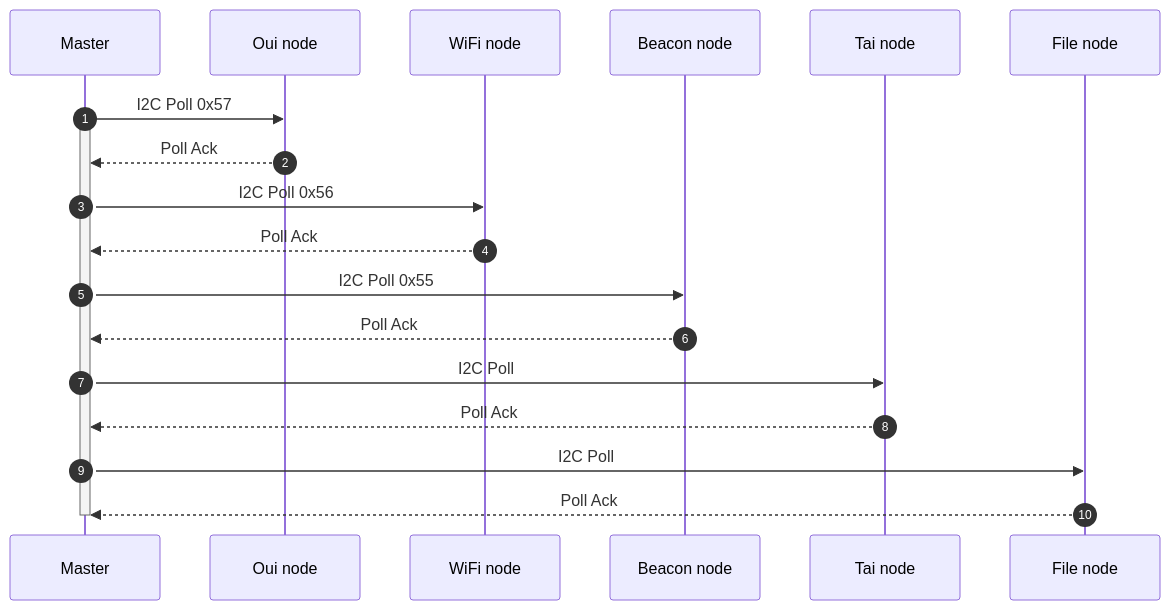
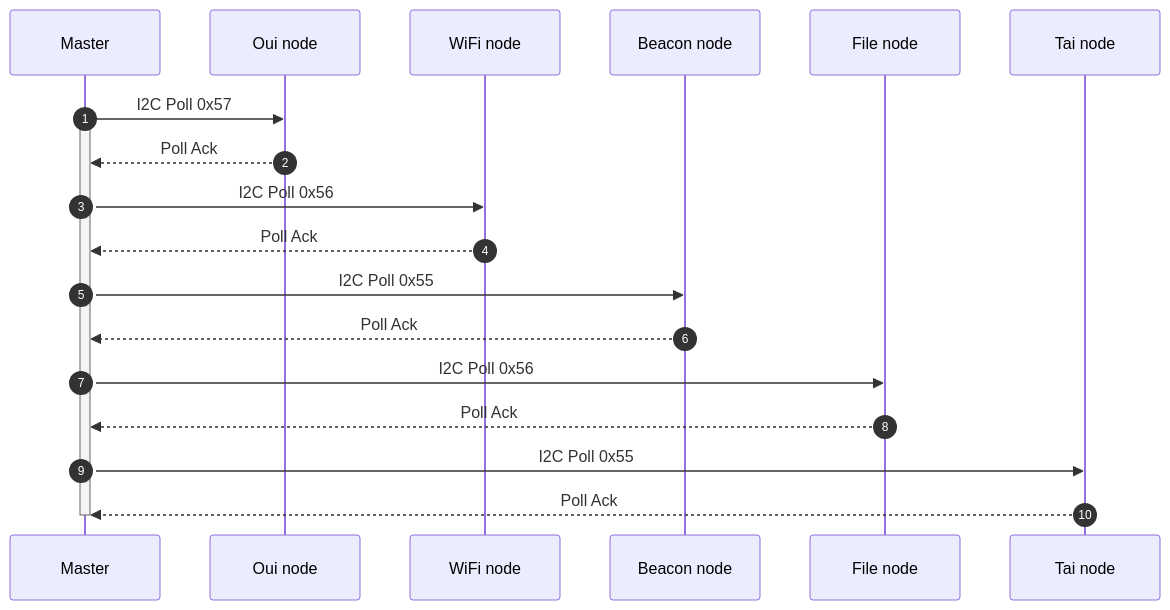
One commit to wicked-rainman/ESP32S3_I2C_Cluster_v2 changed the first of 2 diagrams in Readme.MD. Above: the diagram before and after it, drawn with Mermaid.

````diff
--- a/Readme.MD
+++ b/Readme.MD
@@ -19,17 +19,17 @@
 ```mermaid
 sequenceDiagram
     autonumber
     Master->>Oui node: I2C Poll 0x57
     activate Master
     Oui node-->>Master: Poll Ack
     Master->>WiFi node: I2C Poll 0x56
     WiFi node-->>Master: Poll Ack
     Master->>Beacon node: I2C Poll 0x55
     Beacon node-->>Master: Poll Ack
-    Master->>Tai node: I2C Poll
+    Master->>File node: I2C Poll 0x56
+    File node-->>Master: Poll Ack
+    Master->>Tai node: I2C Poll 0x55
     Tai node-->>Master: Poll Ack
-    Master->>File node: I2C Poll
-    File node-->>Master: Poll Ack
     deactivate Master
 
 ```
````
